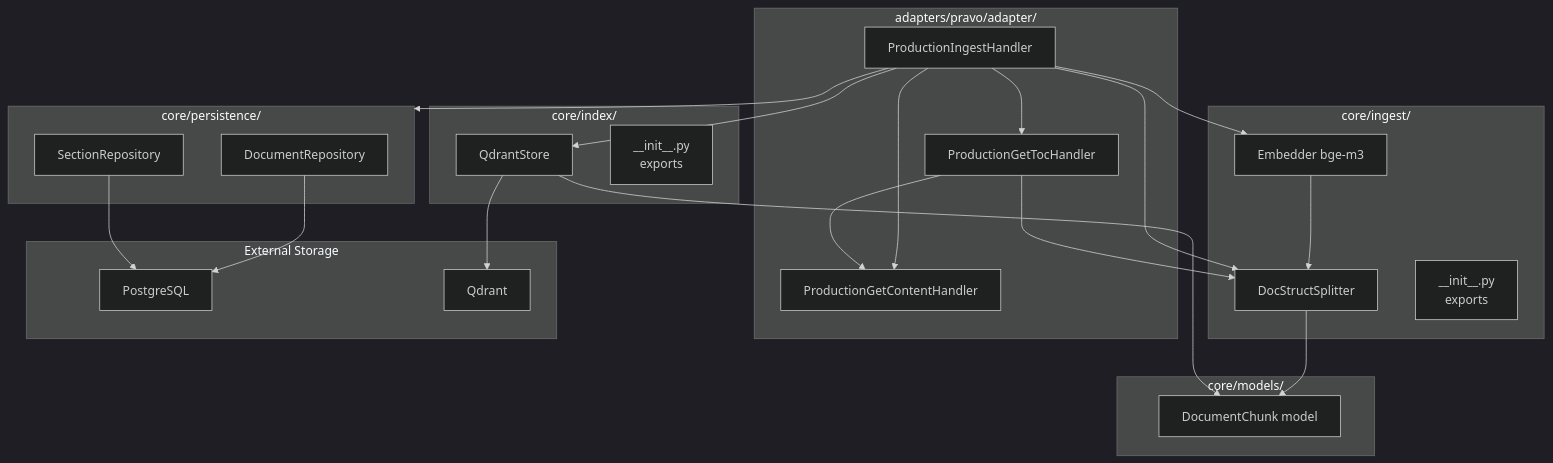
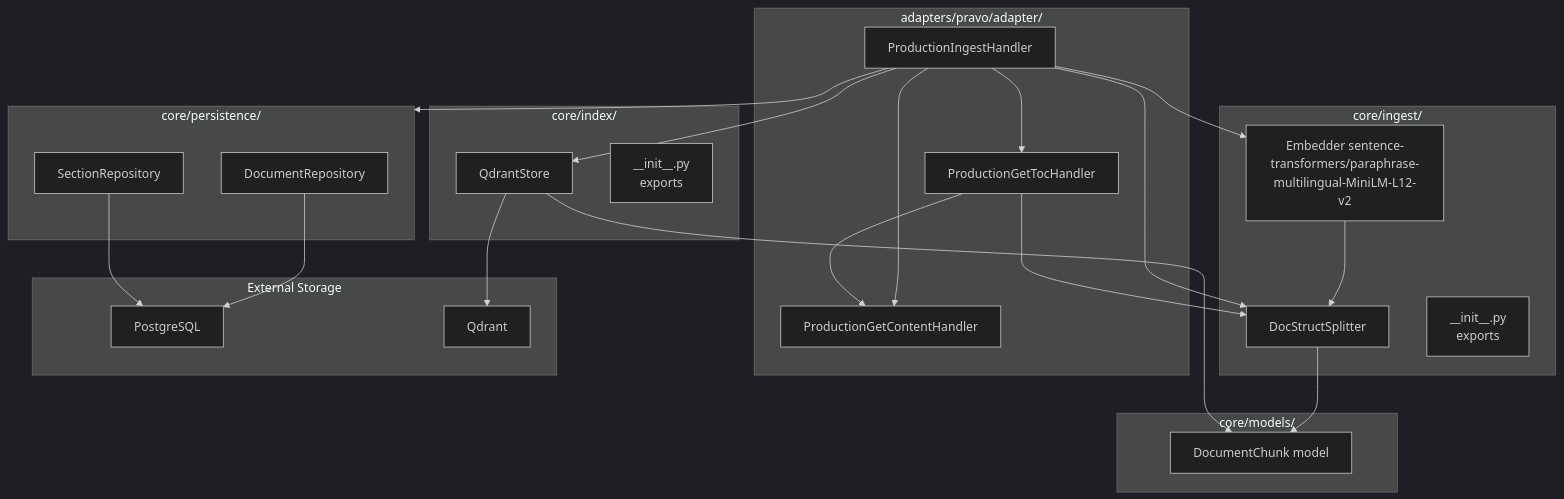
Before and after one commit to igorvolk1961/gov_data_layer: the third of 3 diagrams in plans/adapter_pipeline_completion_plan.md, drawn with Mermaid (dark theme). The commit also changed other lines of this file and 21 other files, not shown here.

````diff
--- a/plans/adapter_pipeline_completion_plan.md
+++ b/plans/adapter_pipeline_completion_plan.md
@@ -517,52 +517,52 @@
 ```mermaid
 flowchart TB
     subgraph models["core/models/"]
         ChunkModel["DocumentChunk model"]
     end
 
     subgraph ingest["core/ingest/"]
         Chunker["DocStructSplitter"]
-        Embedder["Embedder bge-m3"]
+        Embedder["Embedder sentence-transformers/paraphrase-multilingual-MiniLM-L12-v2"]
         Init["__init__.py<br/>exports"]
     end
 
     subgraph index["core/index/"]
         QdrantStore["QdrantStore"]
         InitIdx["__init__.py<br/>exports"]
     end
 
     subgraph adapter["adapters/pravo/adapter/"]
         ProdIngest["ProductionIngestHandler"]
         ProdGetTOC["ProductionGetTocHandler"]
         ProdContent["ProductionGetContentHandler"]
     end
 
     subgraph persistence["core/persistence/"]
         DocRepo["DocumentRepository"]
         SectionRepo["SectionRepository"]
     end
 
     subgraph storage["External Storage"]
         PG["PostgreSQL"]
         Qdrant["Qdrant"]
     end
 
     ProdIngest --> ProdContent
     ProdIngest --> ProdGetTOC
     ProdIngest --> Chunker
     ProdIngest --> Embedder
     ProdIngest --> QdrantStore
     ProdIngest --> persistence
 
     ProdGetTOC --> Chunker
     ProdGetTOC --> ProdContent
 
     Chunker --> ChunkModel
     QdrantStore --> ChunkModel
 
     DocRepo --> PG
     SectionRepo --> PG
     QdrantStore --> Qdrant
 
     Embedder --> Chunker
 ```
````
